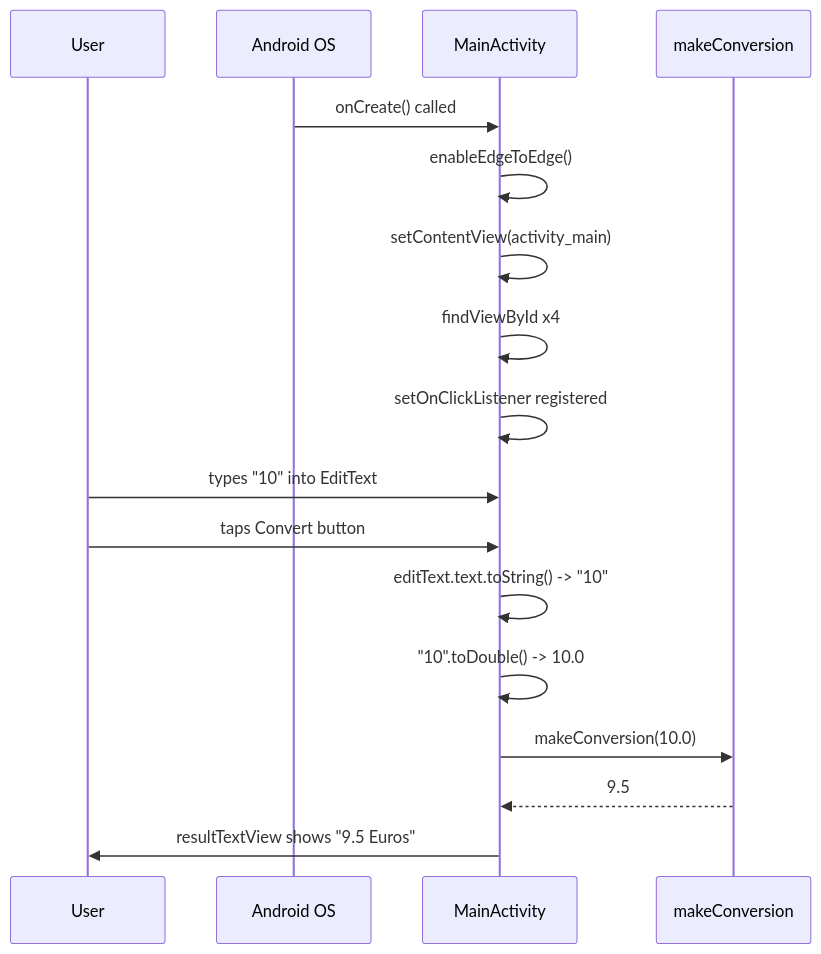
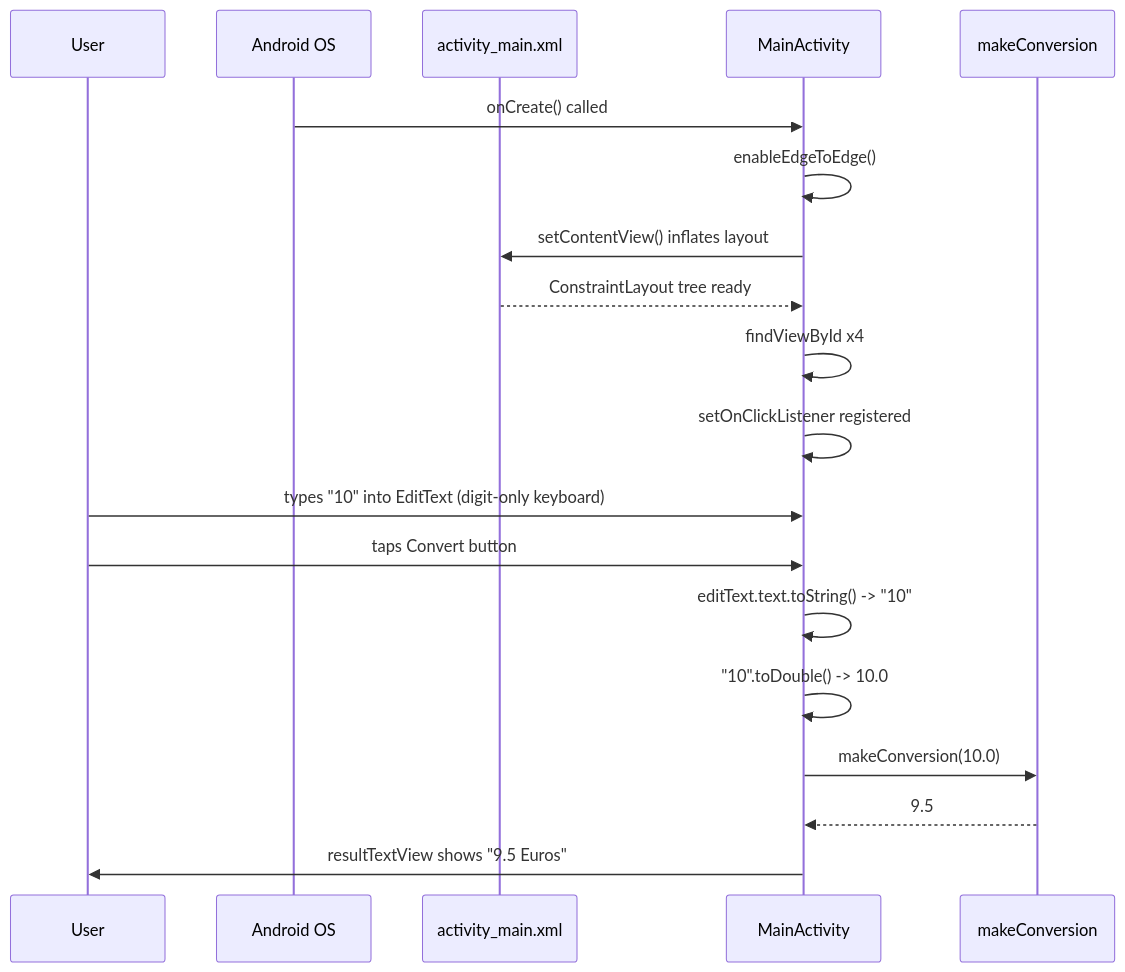
One commit to vineetganti/CurrencyConverter changed the fourth of 4 diagrams in readme.md. Above: the diagram before and after it, drawn with Mermaid. The commit also changed other lines of this file, not shown here.

Commit message:
Updated XML file usage and date in readme

````diff
--- a/readme.md
+++ b/readme.md
@@ -222,20 +265,22 @@
 ```mermaid
 sequenceDiagram
     participant User
     participant Android OS
+    participant activity_main.xml
     participant MainActivity
     participant makeConversion
 
     Android OS->>MainActivity: onCreate() called
     MainActivity->>MainActivity: enableEdgeToEdge()
-    MainActivity->>MainActivity: setContentView(activity_main)
+    MainActivity->>activity_main.xml: setContentView() inflates layout
+    activity_main.xml-->>MainActivity: ConstraintLayout tree ready
     MainActivity->>MainActivity: findViewById x4
     MainActivity->>MainActivity: setOnClickListener registered
-    User->>MainActivity: types "10" into EditText
+    User->>MainActivity: types "10" into EditText (digit-only keyboard)
     User->>MainActivity: taps Convert button
     MainActivity->>MainActivity: editText.text.toString() -> "10"
     MainActivity->>MainActivity: "10".toDouble() -> 10.0
     MainActivity->>makeConversion: makeConversion(10.0)
     makeConversion-->>MainActivity: 9.5
     MainActivity->>User: resultTextView shows "9.5 Euros"
 ```
````
